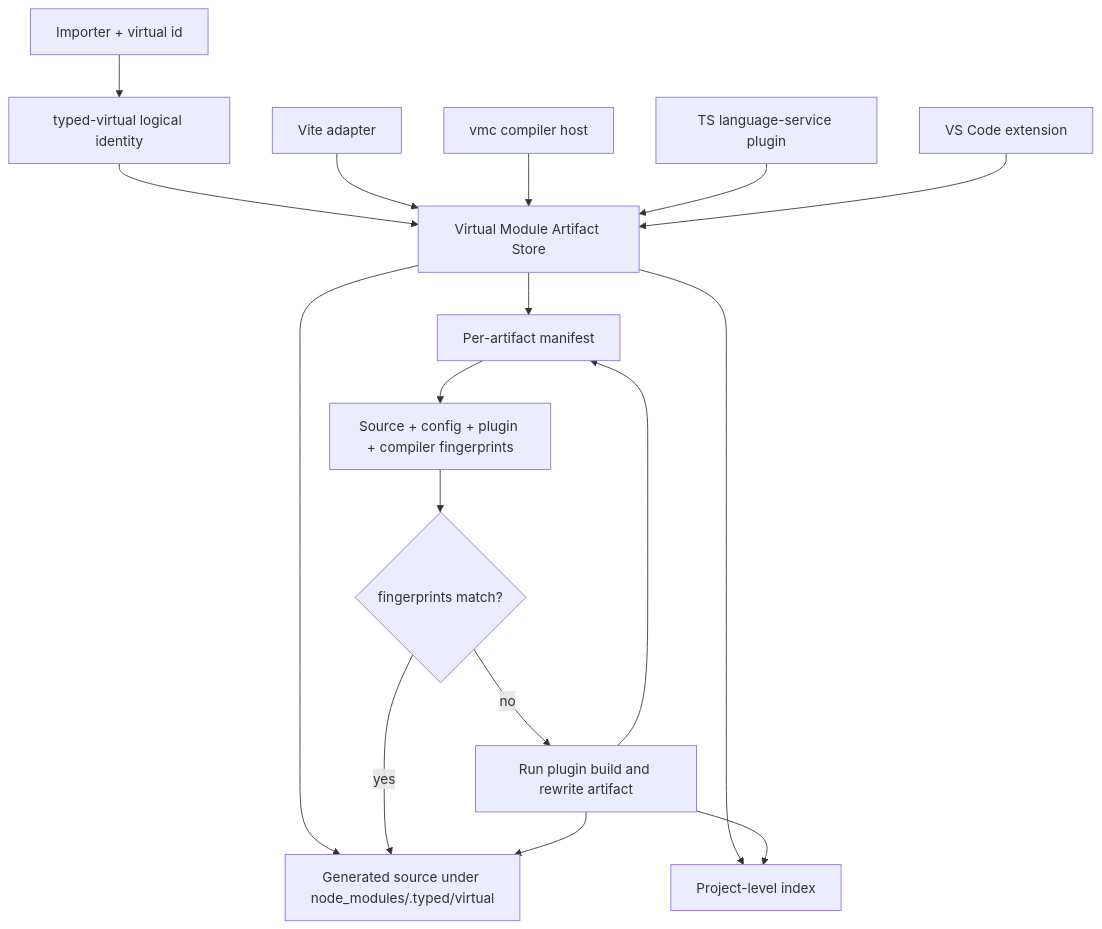
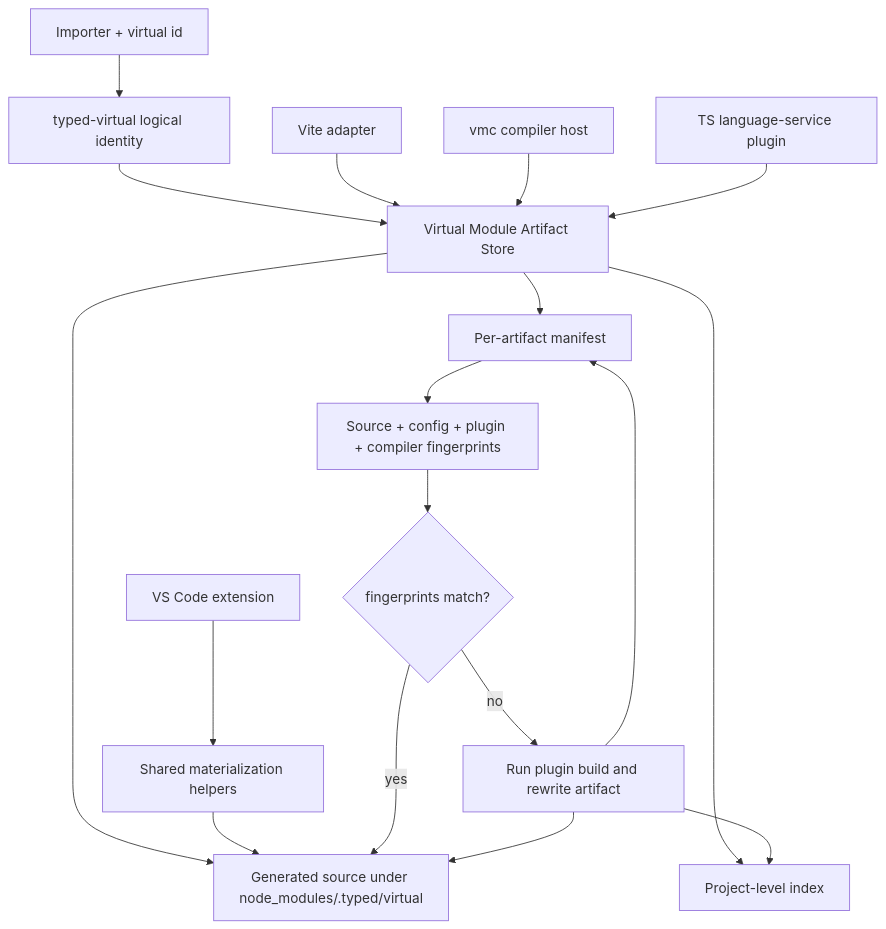
Before and after one commit to TylorS/typed-smol: the first of 2 diagrams in .docs/specs/virtual-module-artifact-store/spec.md, drawn with Mermaid. The commit also changed other lines of this file and 7 other files, not shown here.

````diff
--- a/.docs/specs/virtual-module-artifact-store/spec.md
+++ b/.docs/specs/virtual-module-artifact-store/spec.md
@@ -114,21 +139,22 @@
 ```mermaid
 flowchart TD
   Import["Importer + virtual id"] --> Identity["typed-virtual logical identity"]
   Identity --> Store["Virtual Module Artifact Store"]
   Store --> Manifest["Per-artifact manifest"]
   Store --> Source["Generated source under node_modules/.typed/virtual"]
   Store --> Index["Project-level index"]
 
   Vite["Vite adapter"] --> Store
   Vmc["vmc compiler host"] --> Store
   TsPlugin["TS language-service plugin"] --> Store
-  VSCode["VS Code extension"] --> Store
+  VSCode["VS Code extension"] --> Materializer["Shared materialization helpers"]
+  Materializer --> Source
 
   Manifest --> Fingerprints["Source + config + plugin + compiler fingerprints"]
   Fingerprints --> CacheDecision{"fingerprints match?"}
   CacheDecision -->|"yes"| Source
   CacheDecision -->|"no"| Rebuild["Run plugin build and rewrite artifact"]
   Rebuild --> Manifest
   Rebuild --> Source
   Rebuild --> Index
 ```
````
